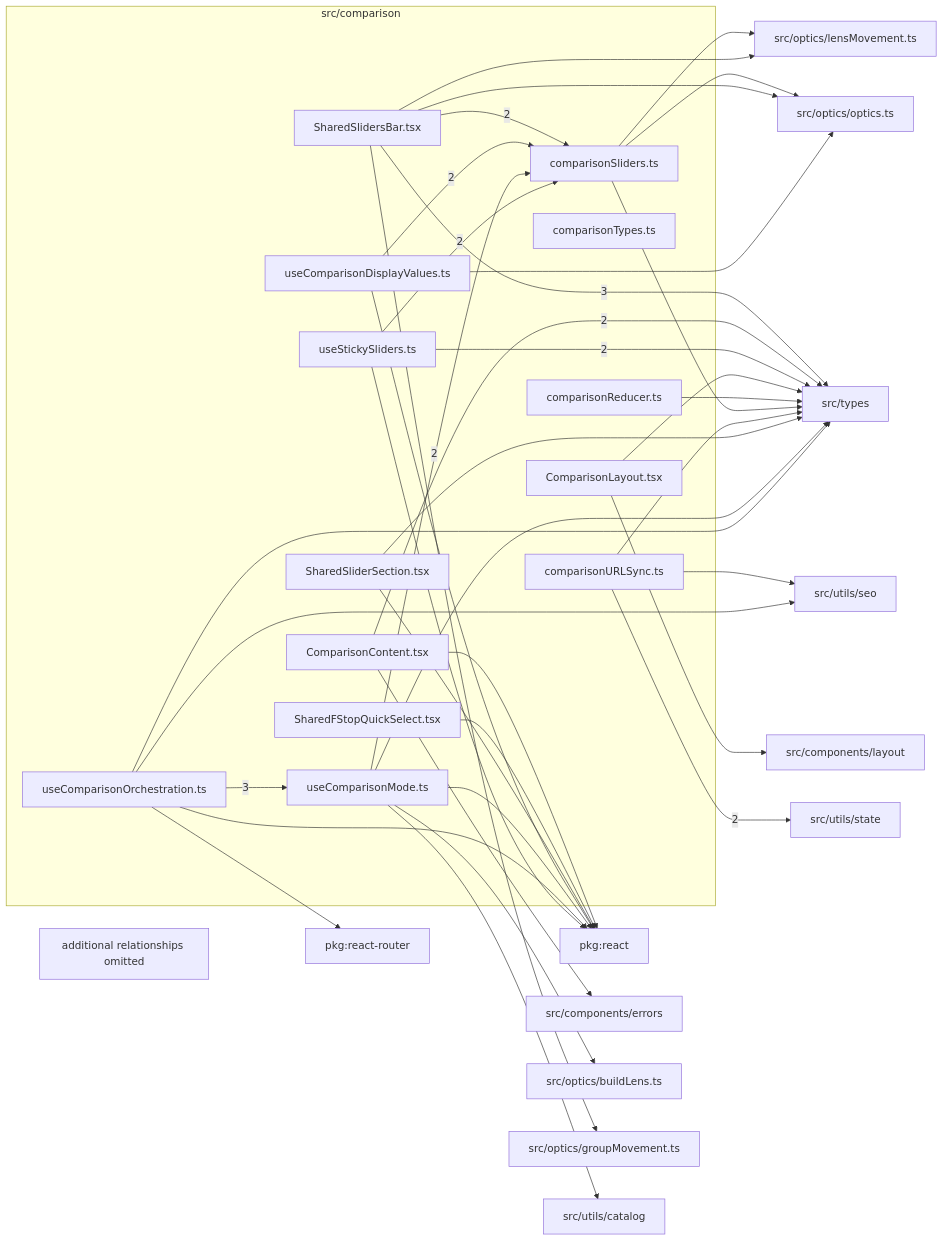
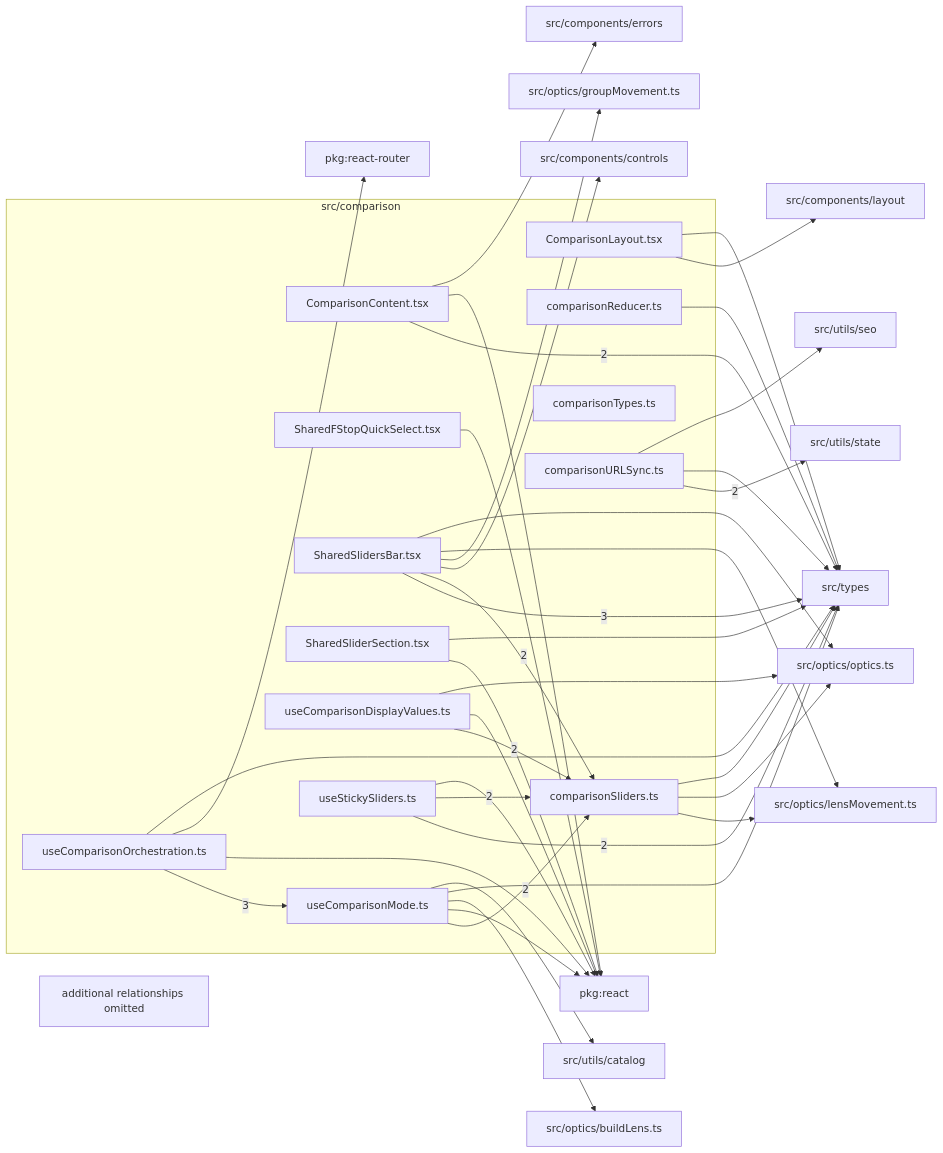
The diagram in src/comparison/readme.md (ronbuening/LensVisualizer), drawn with Mermaid before and after one commit. The commit also changed other lines of this file and 155 other files, not shown here.

````diff
--- a/src/comparison/readme.md
+++ b/src/comparison/readme.md
@@ -9,67 +9,68 @@
 ```mermaid
 flowchart LR
   subgraph n_src_comparison["src/comparison"]
     n_src_comparison_src_comparison_ComparisonContent_tsx["ComparisonContent.tsx"]
     n_src_comparison_src_comparison_ComparisonLayout_tsx["ComparisonLayout.tsx"]
     n_src_comparison_src_comparison_comparisonReducer_ts["comparisonReducer.ts"]
     n_src_comparison_src_comparison_comparisonSliders_ts["comparisonSliders.ts"]
     n_src_comparison_src_comparison_comparisonTypes_ts["comparisonTypes.ts"]
     n_src_comparison_src_comparison_comparisonURLSync_ts["comparisonURLSync.ts"]
     n_src_comparison_src_comparison_SharedFStopQuickSelect_tsx["SharedFStopQuickSelect.tsx"]
     n_src_comparison_src_comparison_SharedSlidersBar_tsx["SharedSlidersBar.tsx"]
     n_src_comparison_src_comparison_SharedSliderSection_tsx["SharedSliderSection.tsx"]
     n_src_comparison_src_comparison_useComparisonDisplayValues_ts["useComparisonDisplayValues.ts"]
     n_src_comparison_src_comparison_useComparisonMode_ts["useComparisonMode.ts"]
     n_src_comparison_src_comparison_useComparisonOrchestration_ts["useComparisonOrchestration.ts"]
     n_src_comparison_src_comparison_useStickySliders_ts["useStickySliders.ts"]
   end
   n_external_src_types["src/types"]
   n_external_src_utils_state["src/utils/state"]
   n_external_pkg_react["pkg:react"]
   n_external_pkg_react_router["pkg:react-router"]
+  n_external_src_components_controls["src/components/controls"]
   n_external_src_components_errors["src/components/errors"]
   n_external_src_components_layout["src/components/layout"]
   n_external_src_optics_buildLens_ts["src/optics/buildLens.ts"]
   n_external_src_optics_groupMovement_ts["src/optics/groupMovement.ts"]
   n_external_src_optics_lensMovement_ts["src/optics/lensMovement.ts"]
   n_external_src_optics_optics_ts["src/optics/optics.ts"]
   n_external_src_utils_catalog["src/utils/catalog"]
   n_external_src_utils_seo["src/utils/seo"]
   n_src_comparison_src_comparison_SharedSlidersBar_tsx --> |3| n_external_src_types
   n_src_comparison_src_comparison_useComparisonOrchestration_ts --> |3| n_src_comparison_src_comparison_useComparisonMode_ts
   n_src_comparison_src_comparison_ComparisonContent_tsx --> |2| n_external_src_types
   n_src_comparison_src_comparison_useStickySliders_ts --> |2| n_external_src_types
   n_src_comparison_src_comparison_comparisonURLSync_ts --> |2| n_external_src_utils_state
   n_src_comparison_src_comparison_SharedSlidersBar_tsx --> |2| n_src_comparison_src_comparison_comparisonSliders_ts
   n_src_comparison_src_comparison_useComparisonDisplayValues_ts --> |2| n_src_comparison_src_comparison_comparisonSliders_ts
   n_src_comparison_src_comparison_useComparisonMode_ts --> |2| n_src_comparison_src_comparison_comparisonSliders_ts
   n_src_comparison_src_comparison_useStickySliders_ts --> |2| n_src_comparison_src_comparison_comparisonSliders_ts
   n_src_comparison_src_comparison_ComparisonContent_tsx --> n_external_pkg_react
   n_src_comparison_src_comparison_SharedFStopQuickSelect_tsx --> n_external_pkg_react
   n_src_comparison_src_comparison_SharedSliderSection_tsx --> n_external_pkg_react
   n_src_comparison_src_comparison_useComparisonDisplayValues_ts --> n_external_pkg_react
   n_src_comparison_src_comparison_useComparisonMode_ts --> n_external_pkg_react
   n_src_comparison_src_comparison_useComparisonOrchestration_ts --> n_external_pkg_react
   n_src_comparison_src_comparison_useStickySliders_ts --> n_external_pkg_react
   n_src_comparison_src_comparison_useComparisonOrchestration_ts --> n_external_pkg_react_router
+  n_src_comparison_src_comparison_SharedSlidersBar_tsx --> n_external_src_components_controls
   n_src_comparison_src_comparison_ComparisonContent_tsx --> n_external_src_components_errors
   n_src_comparison_src_comparison_ComparisonLayout_tsx --> n_external_src_components_layout
   n_src_comparison_src_comparison_useComparisonMode_ts --> n_external_src_optics_buildLens_ts
   n_src_comparison_src_comparison_SharedSlidersBar_tsx --> n_external_src_optics_groupMovement_ts
   n_src_comparison_src_comparison_comparisonSliders_ts --> n_external_src_optics_lensMovement_ts
   n_src_comparison_src_comparison_SharedSlidersBar_tsx --> n_external_src_optics_lensMovement_ts
   n_src_comparison_src_comparison_comparisonSliders_ts --> n_external_src_optics_optics_ts
   n_src_comparison_src_comparison_SharedSlidersBar_tsx --> n_external_src_optics_optics_ts
   n_src_comparison_src_comparison_useComparisonDisplayValues_ts --> n_external_src_optics_optics_ts
   n_src_comparison_src_comparison_ComparisonLayout_tsx --> n_external_src_types
   n_src_comparison_src_comparison_comparisonReducer_ts --> n_external_src_types
   n_src_comparison_src_comparison_comparisonSliders_ts --> n_external_src_types
   n_src_comparison_src_comparison_comparisonURLSync_ts --> n_external_src_types
   n_src_comparison_src_comparison_SharedSliderSection_tsx --> n_external_src_types
   n_src_comparison_src_comparison_useComparisonMode_ts --> n_external_src_types
   n_src_comparison_src_comparison_useComparisonOrchestration_ts --> n_external_src_types
   n_src_comparison_src_comparison_useComparisonMode_ts --> n_external_src_utils_catalog
   n_src_comparison_src_comparison_comparisonURLSync_ts --> n_external_src_utils_seo
-  n_src_comparison_src_comparison_useComparisonOrchestration_ts --> n_external_src_utils_seo
   n_src_comparison_truncated["additional relationships omitted"]
 ```
````
